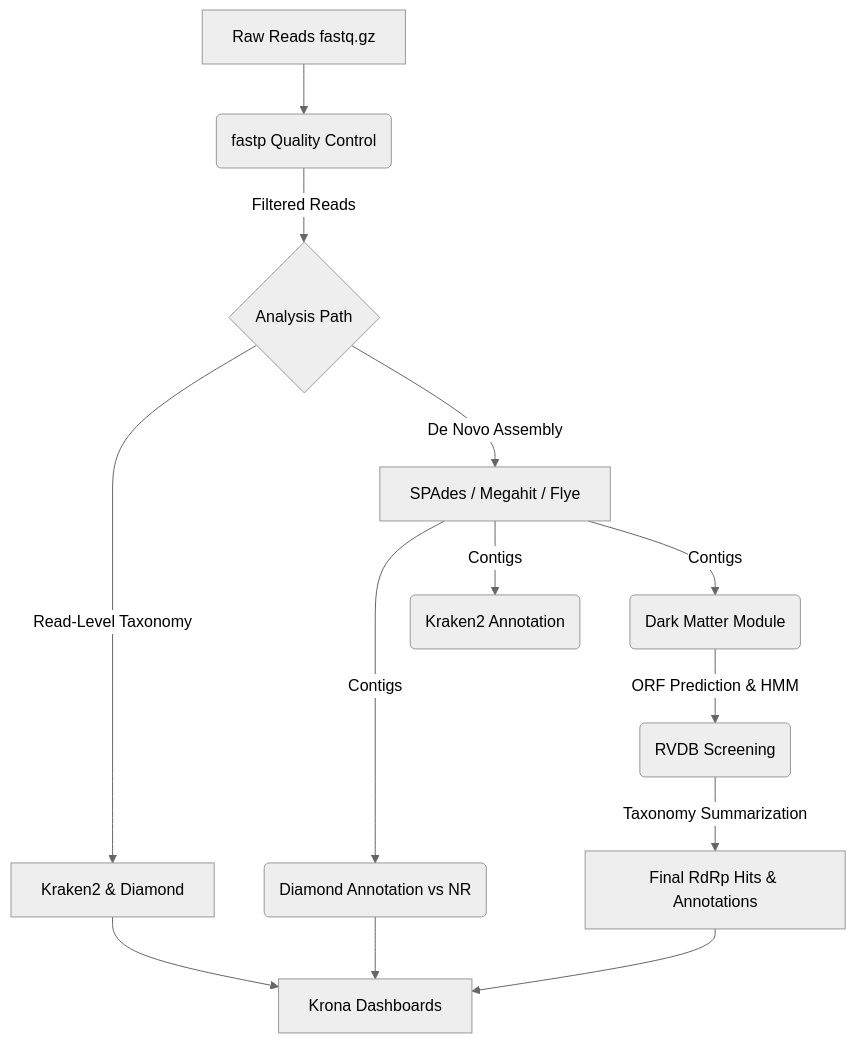
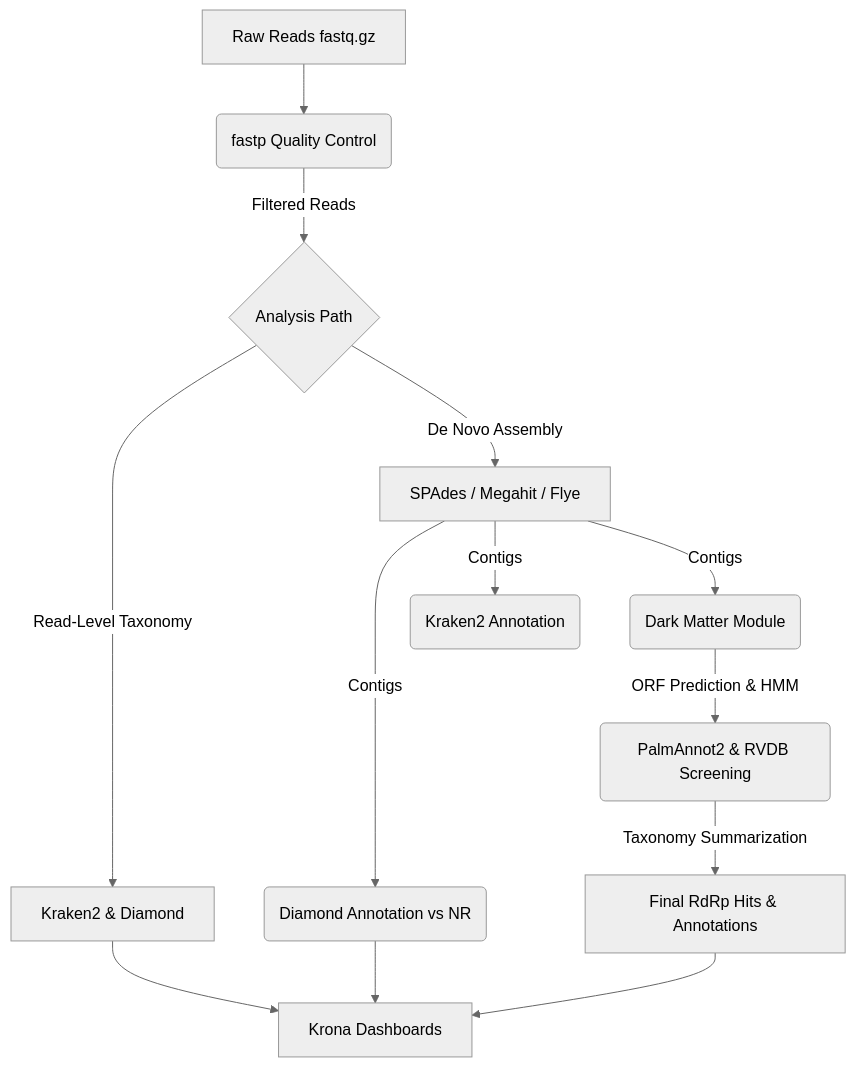
One commit to matheus-cosentino/NovaVir changed the diagram in README.md. Above: the diagram before and after it, drawn with Mermaid (neutral theme).

Commit message:
novel readme

````diff
--- a/README.md
+++ b/README.md
@@ -32,18 +32,18 @@
 ```mermaid
 graph TD;
     A[Raw Reads fastq.gz] --> B(fastp Quality Control);
     B -->|Filtered Reads| C{Analysis Path};
     C -->|Read-Level Taxonomy| D[Kraken2 & Diamond];
     C -->|De Novo Assembly| E[SPAdes / Megahit / Flye];
     
     E -->|Contigs| F(Diamond Annotation vs NR);
     E -->|Contigs| G(Kraken2 Annotation);
     E -->|Contigs| H(Dark Matter Module);
     
-    H -->|ORF Prediction & HMM| I(RVDB Screening);
+    H -->|ORF Prediction & HMM| I(PalmAnnot2 & RVDB Screening);
     I -->|Taxonomy Summarization| J[Final RdRp Hits & Annotations];
 
     D --> K[Krona Dashboards];
     F --> K;
     J --> K;
 ```
````
